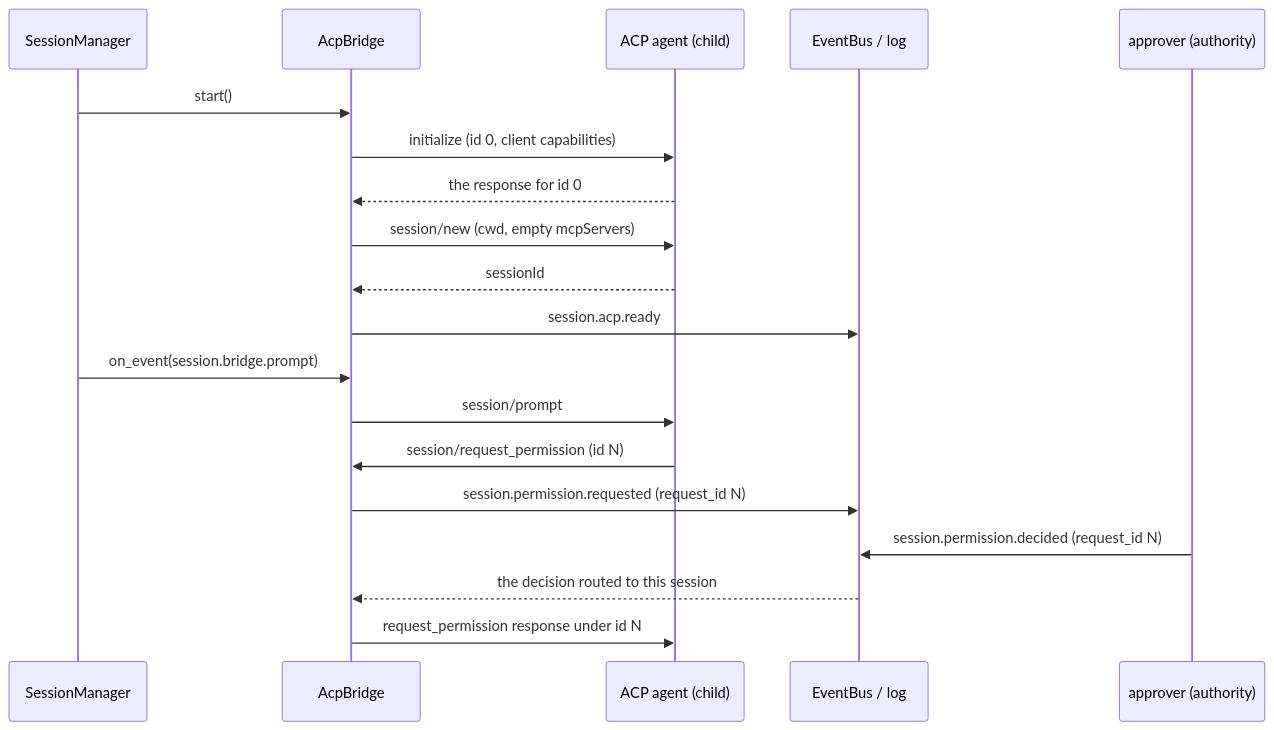
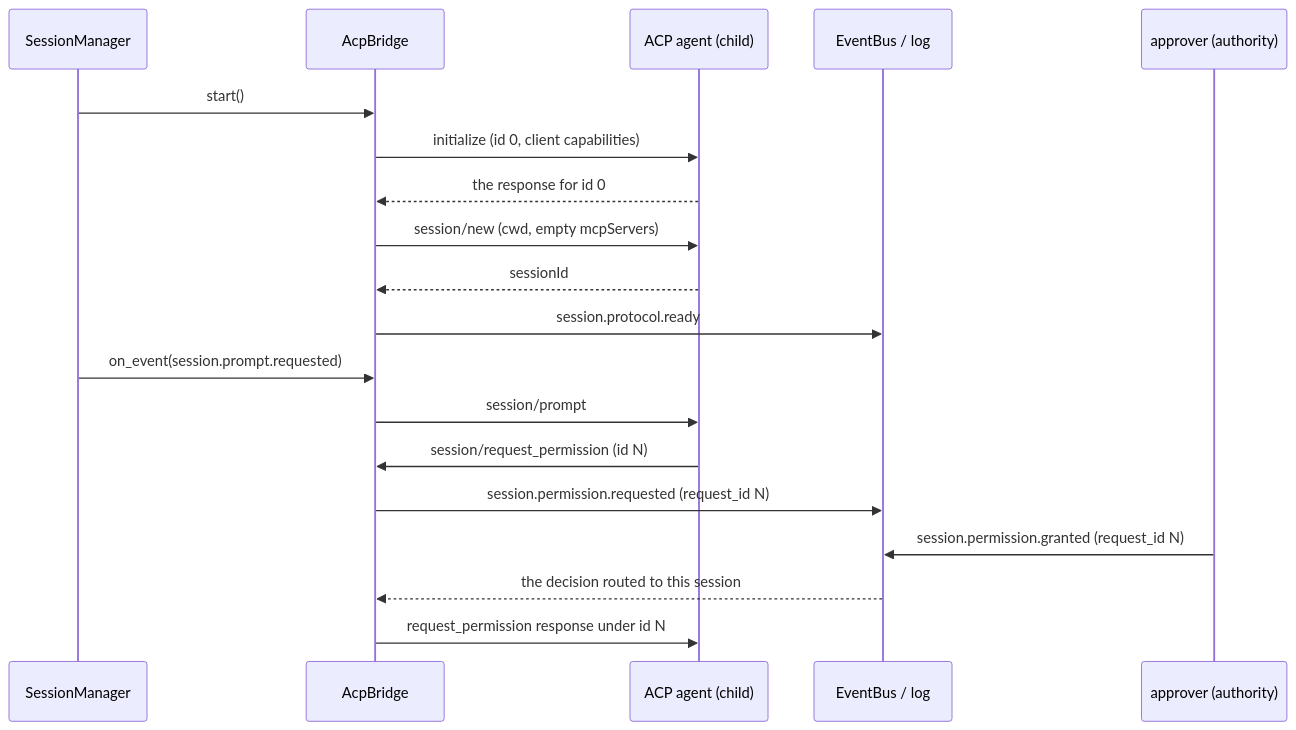
Before and after one commit to mokmok-dev/agent: the second of 2 diagrams in docs/acp.md, drawn with Mermaid. The commit also changed other lines of this file and 5 other files, not shown here.

````diff
--- a/docs/acp.md
+++ b/docs/acp.md
@@ -152,22 +152,22 @@
 ```mermaid
 sequenceDiagram
     participant M as SessionManager
     participant B as AcpBridge
     participant A as ACP agent (child)
     participant L as EventBus / log
     participant U as approver (authority)
 
     M->>B: start()
     B->>A: initialize (id 0, client capabilities)
     A-->>B: the response for id 0
     B->>A: session/new (cwd, empty mcpServers)
     A-->>B: sessionId
-    B->>L: session.acp.ready
-    M->>B: on_event(session.bridge.prompt)
+    B->>L: session.protocol.ready
+    M->>B: on_event(session.prompt.requested)
     B->>A: session/prompt
     A->>B: session/request_permission (id N)
     B->>L: session.permission.requested (request_id N)
-    U->>L: session.permission.decided (request_id N)
+    U->>L: session.permission.granted (request_id N)
     L-->>B: the decision routed to this session
     B->>A: request_permission response under id N
 ```
````
